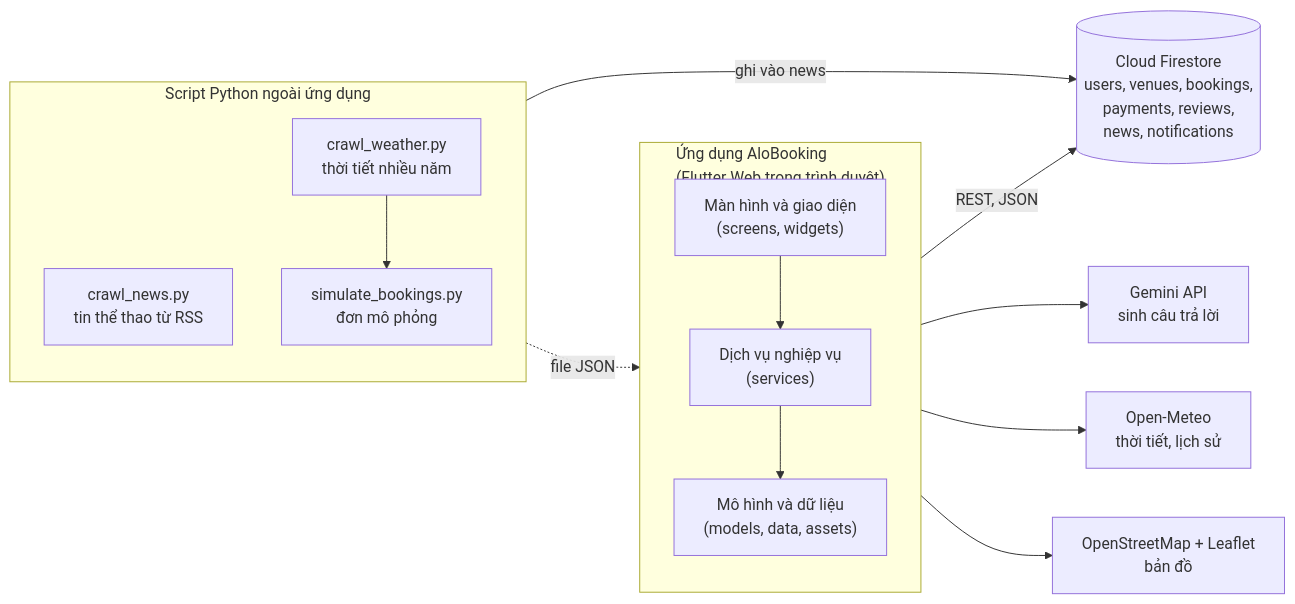
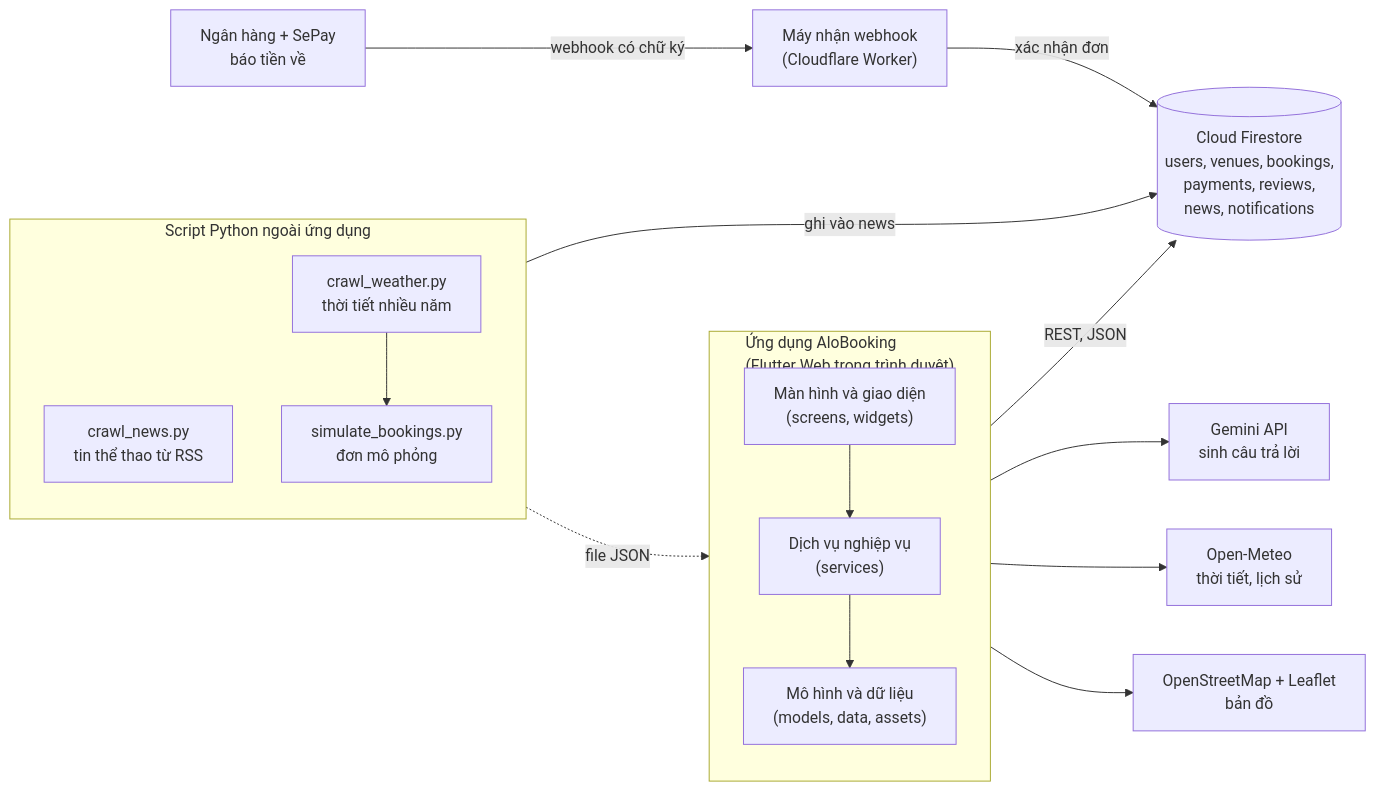
Before and after one commit to dinhngochuy2909/DoAnTotNghiep: the diagram in docs/diagrams/nguon/kien-truc-he-thong.mmd, drawn with Mermaid. The commit also changed 13 other files, not shown here.

Commit message:
Update the documents and diagrams for SePay payment confirmation

```diff
--- a/docs/diagrams/nguon/kien-truc-he-thong.mmd
+++ b/docs/diagrams/nguon/kien-truc-he-thong.mmd
@@ -1,26 +1,30 @@
 flowchart LR
   subgraph APP["Ứng dụng AloBooking<br/>(Flutter Web trong trình duyệt)"]
     direction TB
     SCR["Màn hình và giao diện<br/>(screens, widgets)"]
     SVC["Dịch vụ nghiệp vụ<br/>(services)"]
     MOD["Mô hình và dữ liệu<br/>(models, data, assets)"]
     SCR --> SVC
     SVC --> MOD
   end
   FS[("Cloud Firestore<br/>users, venues, bookings,<br/>payments, reviews,<br/>news, notifications")]
   GM["Gemini API<br/>sinh câu trả lời"]
   OM["Open-Meteo<br/>thời tiết, lịch sử"]
   GMAP["OpenStreetMap + Leaflet<br/>bản đồ"]
   SVC -- "REST, JSON" --> FS
+  BANK["Ngân hàng + SePay<br/>báo tiền về"]
+  HOOK["Máy nhận webhook<br/>(Cloudflare Worker)"]
+  BANK -- "webhook có chữ ký" --> HOOK
+  HOOK -- "xác nhận đơn" --> FS
   SVC --> GM
   SVC --> OM
   SCR --> GMAP
   subgraph TOOLS["Script Python ngoài ứng dụng"]
     direction TB
     T1["crawl_news.py<br/>tin thể thao từ RSS"]
     T2["crawl_weather.py<br/>thời tiết nhiều năm"]
     T3["simulate_bookings.py<br/>đơn mô phỏng"]
     T2 --> T3
   end
   T1 -- "ghi vào news" --> FS
   T3 -. "file JSON" .-> MOD
```
